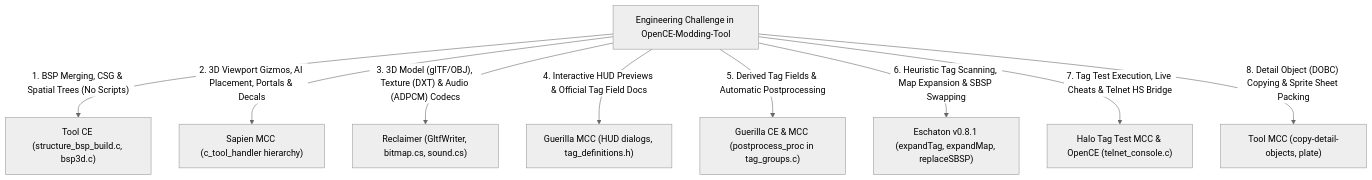
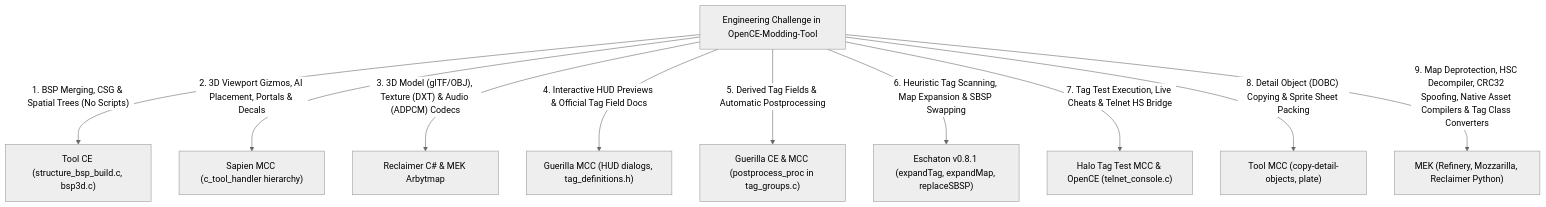
One commit to SutlabSol/OpenCE-Mantle changed the first of 2 diagrams in OPENCE_MASTER_DECOMP_AND_GROWTH_ROADMAP.md. Above: the diagram before and after it, drawn with Mermaid (neutral theme). The commit also changed other lines of this file and 22 other files, not shown here.

````diff
--- a/OPENCE_MASTER_DECOMP_AND_GROWTH_ROADMAP.md
+++ b/OPENCE_MASTER_DECOMP_AND_GROWTH_ROADMAP.md
@@ -191,13 +206,14 @@
 ```mermaid
 flowchart TD
     Task["Engineering Challenge in OpenCE-Modding-Tool"]
     
     Task -->|"1. BSP Merging, CSG & Spatial Trees (No Scripts)"| ToolCE["Tool CE (structure_bsp_build.c, bsp3d.c)"]
     Task -->|"2. 3D Viewport Gizmos, AI Placement, Portals & Decals"| SapienMCC["Sapien MCC (c_tool_handler hierarchy)"]
-    Task -->|"3. 3D Model (glTF/OBJ), Texture (DXT) & Audio (ADPCM) Codecs"| Reclaimer["Reclaimer (GltfWriter, bitmap.cs, sound.cs)"]
+    Task -->|"3. 3D Model (glTF/OBJ), Texture (DXT) & Audio (ADPCM) Codecs"| Reclaimer["Reclaimer C# & MEK Arbytmap"]
     Task -->|"4. Interactive HUD Previews & Official Tag Field Docs"| GuerillaMCC["Guerilla MCC (HUD dialogs, tag_definitions.h)"]
     Task -->|"5. Derived Tag Fields & Automatic Postprocessing"| GuerillaCE["Guerilla CE & MCC (postprocess_proc in tag_groups.c)"]
     Task -->|"6. Heuristic Tag Scanning, Map Expansion & SBSP Swapping"| Eschaton["Eschaton v0.8.1 (expandTag, expandMap, replaceSBSP)"]
     Task -->|"7. Tag Test Execution, Live Cheats & Telnet HS Bridge"| TagTest["Halo Tag Test MCC & OpenCE (telnet_console.c)"]
     Task -->|"8. Detail Object (DOBC) Copying & Sprite Sheet Packing"| ToolMCC["Tool MCC (copy-detail-objects, plate)"]
+    Task -->|"9. Map Deprotection, HSC Decompiler, CRC32 Spoofing, Native Asset Compilers & Tag Class Converters"| MEK["MEK (Refinery, Mozzarilla, Reclaimer Python)"]
 ```
````
